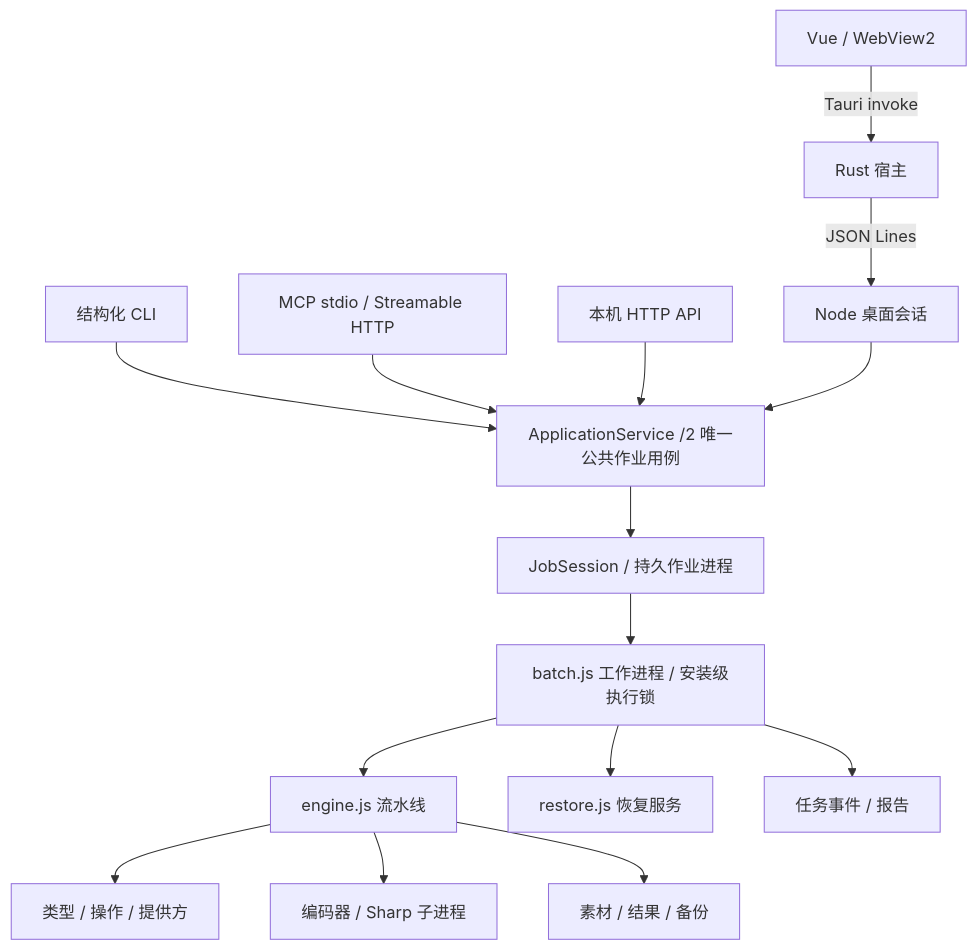
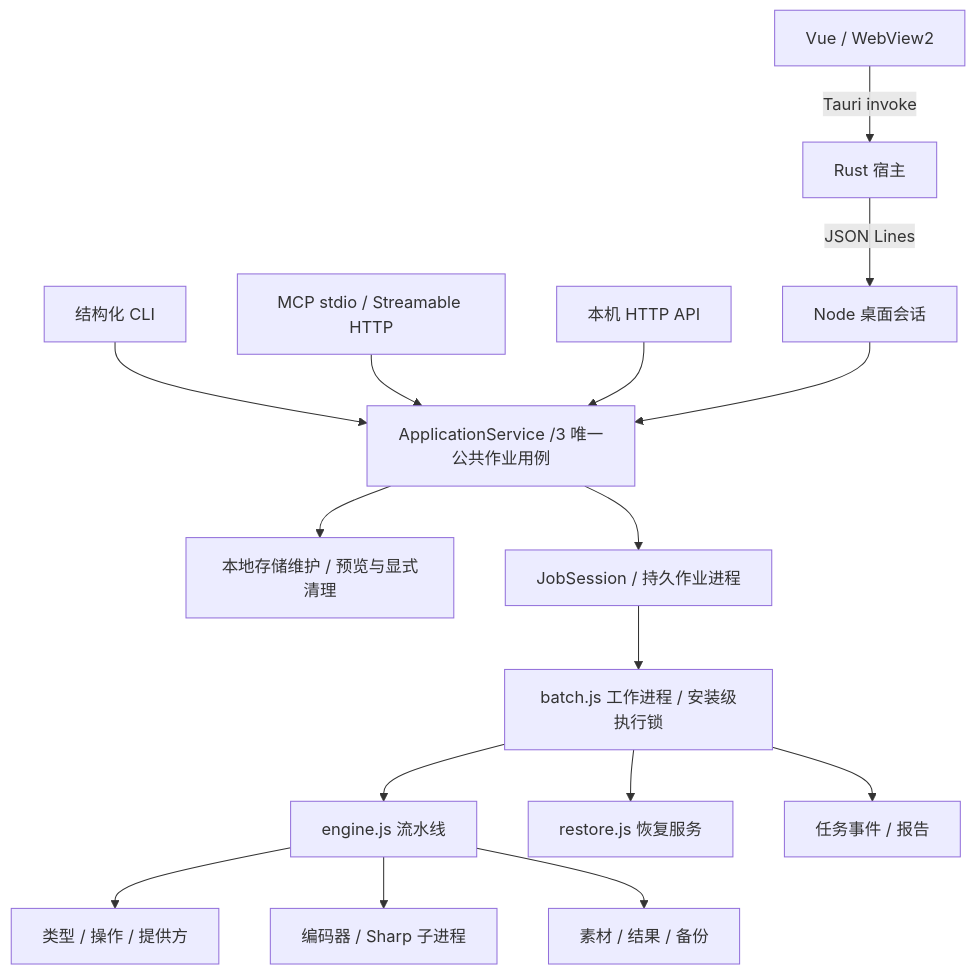
One commit to ISQIShI/AssetToolbox changed the diagram in docs/architecture/overview.md. Above: the diagram before and after it, drawn with Mermaid. The commit also changed other lines of this file and 59 other files, not shown here.

````diff
--- a/docs/architecture/overview.md
+++ b/docs/architecture/overview.md
@@ -7,17 +7,18 @@
 ```mermaid
 flowchart TD
     UI[Vue / WebView2] -->|Tauri invoke| Host[Rust 宿主]
     Host -->|JSON Lines| Bridge[Node 桌面会话]
-    CLI[结构化 CLI] --> Application[ApplicationService /2 唯一公共作业用例]
+    CLI[结构化 CLI] --> Application[ApplicationService /3 唯一公共作业用例]
     MCP[MCP stdio / Streamable HTTP] --> Application
     HTTP[本机 HTTP API] --> Application
     Bridge --> Application
+    Application --> Storage[本地存储维护 / 预览与显式清理]
     Application --> Session[JobSession / 持久作业进程]
     Session --> Worker[batch.js 工作进程 / 安装级执行锁]
     Worker --> Engine[engine.js 流水线]
     Engine --> Catalog[类型 / 操作 / 提供方]
     Engine --> Tool[编码器 / Sharp 子进程]
     Worker --> Restore[restore.js 恢复服务]
     Worker --> Data[任务事件 / 报告]
     Engine --> Files[素材 / 结果 / 备份]
 ```
````
